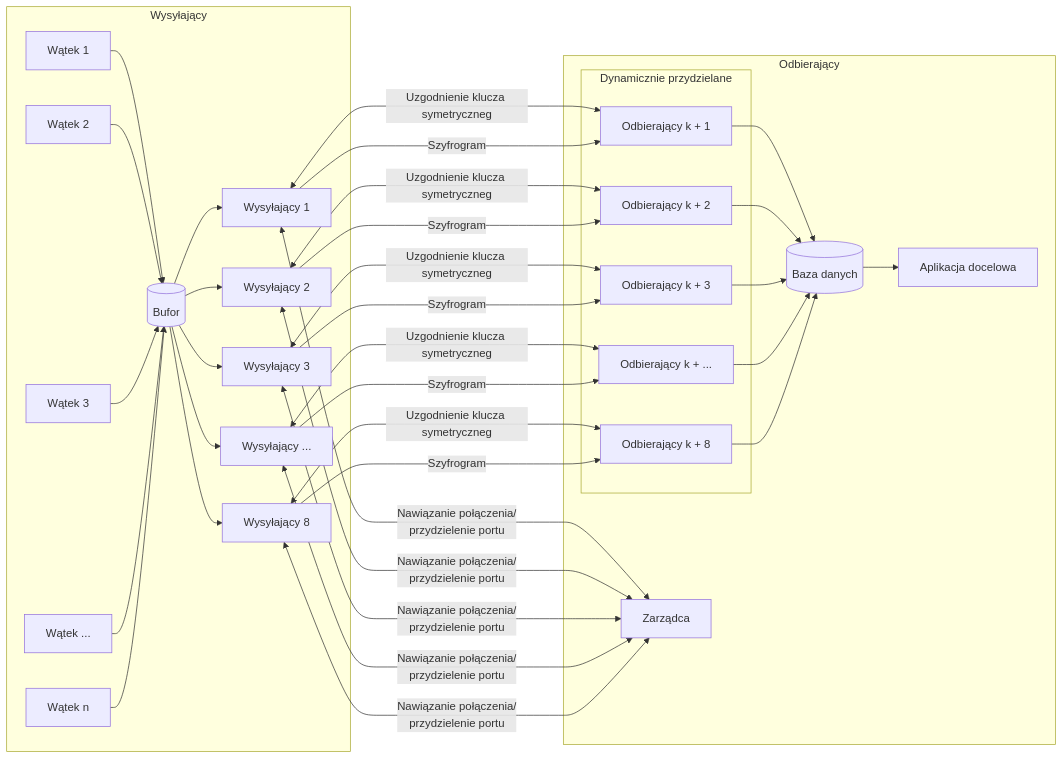
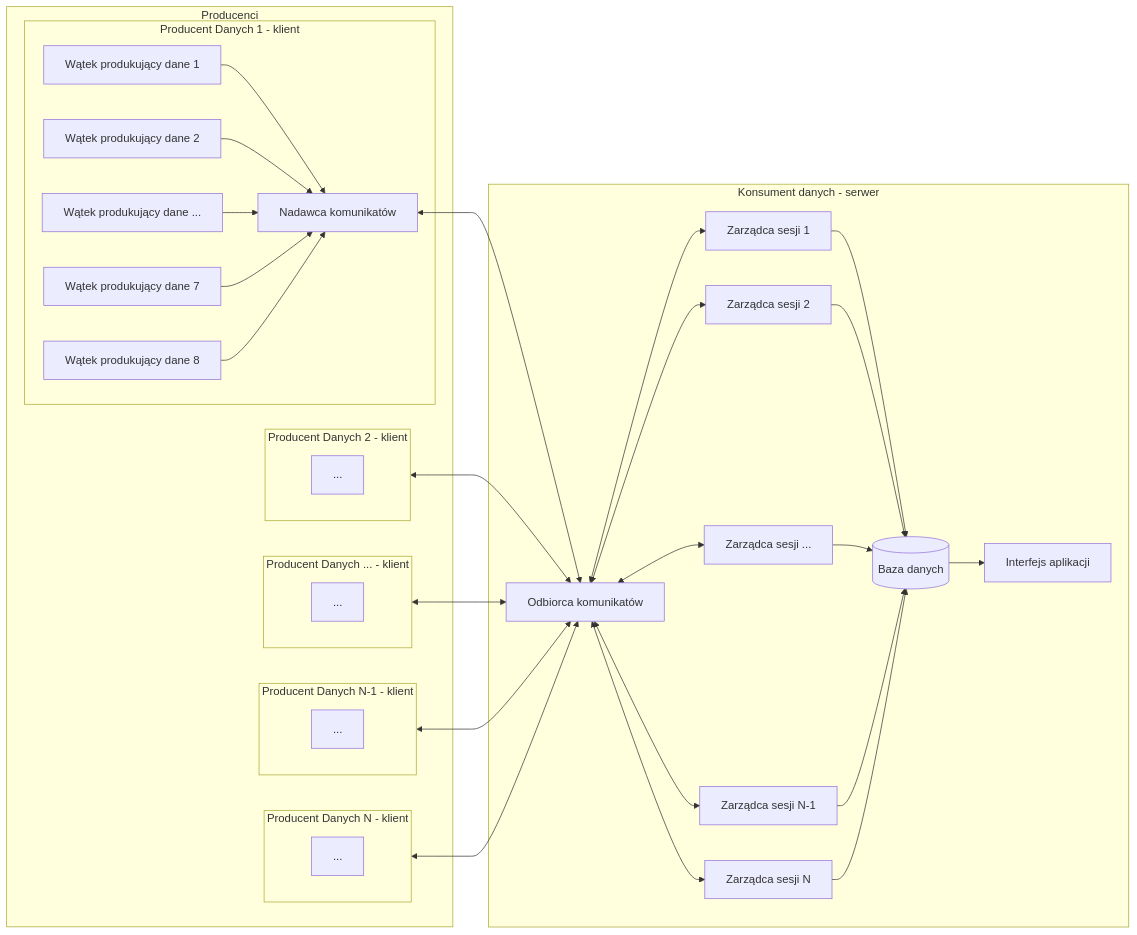
The fourth of 4 diagrams in project/README.md (mateusz-brzozowski/PSI-STUD), drawn with Mermaid before and after one commit. The commit also changed other lines of this file and 1 other file, not shown here.

````diff
--- a/project/README.md
+++ b/project/README.md
@@ -173,55 +280,74 @@
 ```mermaid
 flowchart LR
-    bufor[(Bufor)]
-    Database[(Baza danych)]
-    z[Zarządca]
+    
+    subgraph Producenci
+        subgraph Producent Danych 1 - klient
+            s1[Wątek produkujący dane 1]
+            s2[Wątek produkujący dane 2]
+            s4[Wątek produkujący dane ...]
+            s7[Wątek produkujący dane 7]
+            s8[Wątek produkujący dane 8]
 
-    subgraph Wysyłający
-        w1
-        w2
-        w3
-        w4
-        w5
-        bufor
-        s1
-        s2
-        s3
-        s4
-        s5
+            w[Nadawca komunikatów]
+
+            s1 --> w
+            s2 --> w
+            s4 --> w
+            s7 --> w
+            s8 --> w
+        end
+
+        subgraph w2[Producent Danych 2 - klient]
+            xd2[...]
+            
+        end
+
+        subgraph w3[Producent Danych ... - klient]
+            xd3[...]
+        end
+
+        subgraph w4[Producent Danych N-1 - klient]
+            xd4[...]
+        end
+
+        subgraph w5[Producent Danych N - klient]
+            xd5[...]
+        end
     end
+    
+        
+    subgraph serwer[Konsument danych - serwer]
+        
+        o[Odbiorca komunikatów]
 
-    subgraph Odbierający
-        subgraph Dynamicznie przydzielane
-            o1
-            o2
-            o3
-            o4
-            o5
-        end
-        Database
-        t
-        z
+        z1[Zarządca sesji 1]
+        z2[Zarządca sesji 2]
+        z3[Zarządca sesji ...]
+        z4[Zarządca sesji N-1]
+        z5[Zarządca sesji N]
+        
+        d[(Baza danych)]
+        
+        i[Interfejs aplikacji]
+        
+        o <--> z1
+        o <--> z2
+        o <--> z3
+        o <--> z4
+        o <--> z5
+        
+        
+        z1 --> d
+        z2 --> d
+        z3 --> d
+        z4 --> d
+        z5 --> d
+        
+        d --> i
     end
-
-    t[Aplikacja docelowa]
-
-    w1[Wątek 1] --> bufor --> s1[Wysyłający 1] <--Uzgodnienie klucza symetrycznego--> o1[Odbierający k + 1] --> Database
-    w2[Wątek 2] --> bufor --> s2[Wysyłający 2] <--Uzgodnienie klucza symetrycznego--> o2[Odbierający k + 2] --> Database
-    w3[Wątek 3] --> bufor --> s3[Wysyłający 3] <--Uzgodnienie klucza symetrycznego--> o3[Odbierający k + 3] --> Database
-    w4[Wątek ...] --> bufor --> s4[Wysyłający ...] <--Uzgodnienie klucza symetrycznego--> o4[Odbierający k + ...] --> Database
-    w5[Wątek n] --> bufor --> s5[Wysyłający 8] <--Uzgodnienie klucza symetrycznego--> o5[Odbierający k + 8] --> Database
-
-    s1 --Szyfrogram--> o1
-    s2 --Szyfrogram--> o2
-    s3 --Szyfrogram--> o3
-    s4 --Szyfrogram--> o4
-    s5 --Szyfrogram--> o5
-
-    s1 <--Nawiązanie połączenia/\n przydzielenie portu--> z
-    s2 <--Nawiązanie połączenia/\n przydzielenie portu--> z
-    s3 <--Nawiązanie połączenia/\n przydzielenie portu--> z
-    s4 <--Nawiązanie połączenia/\n przydzielenie portu--> z
-    s5 <--Nawiązanie połączenia/\n przydzielenie portu--> z
-
-    Database --> t
+    w <--> o
+    w2 <--> o
+    w3 <--> o
+    w4 <--> o
+    w5 <--> o
 ```
````
